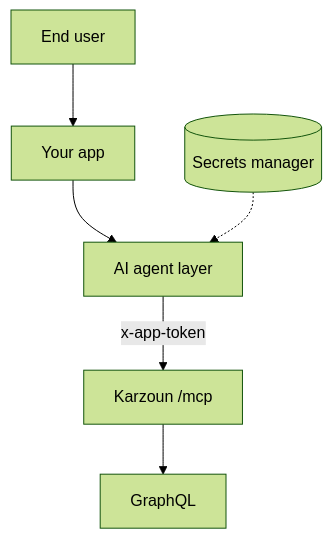
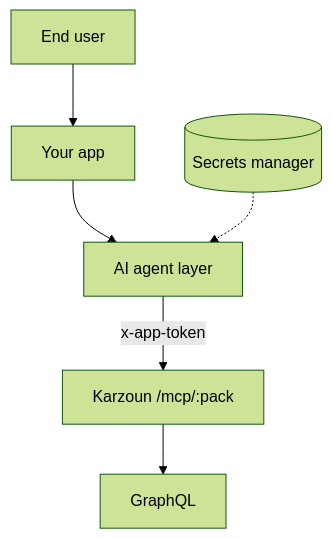
Before and after one commit to KarzounApps/docs: the diagram in mcp-server/setup/hosted.mdx, drawn with Mermaid (forest theme). The commit also changed other lines of this file and 21 other files, not shown here.

````diff
--- a/mcp-server/setup/hosted.mdx
+++ b/mcp-server/setup/hosted.mdx
@@ -110,8 +113,8 @@
 ```mermaid
 flowchart TB
   User[End user] --> App[Your app]
   App --> Agent[AI agent layer]
-  Agent -->|x-app-token| MCP["Karzoun /mcp"]
+  Agent -->|x-app-token| MCP["Karzoun /mcp/:pack"]
   MCP --> GQL[GraphQL]
   Secrets[(Secrets manager)] -.-> Agent
 ```
````
